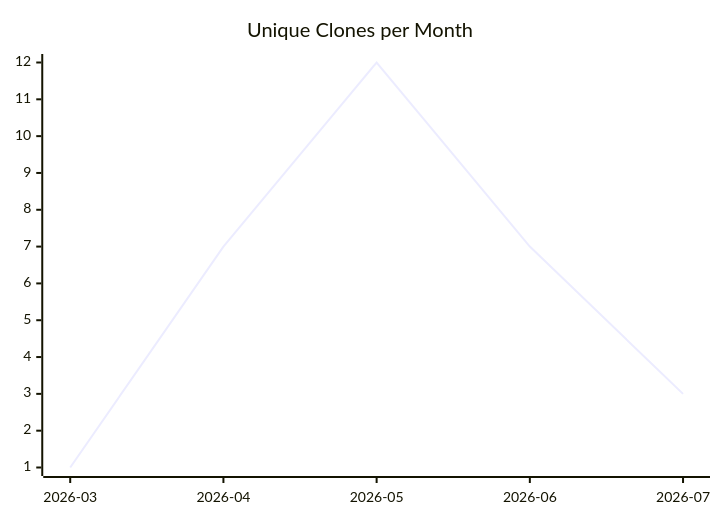
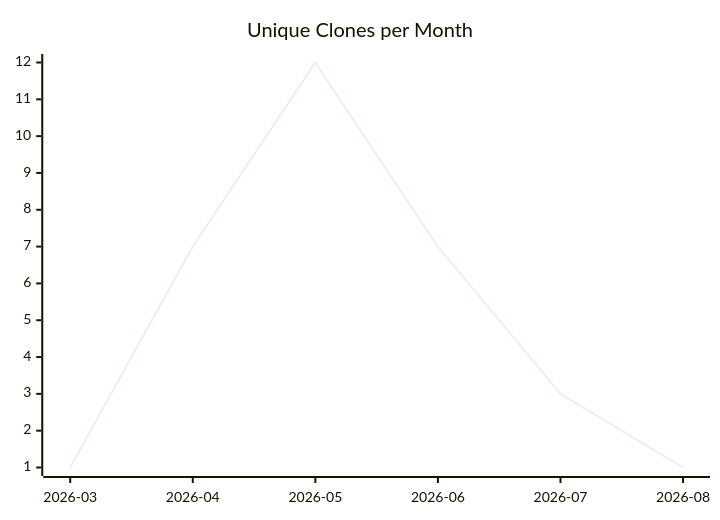
Before and after one commit to justdavis-family/github-analytics-data: the third of 3 diagrams in karlmdavis/sample-maven-and-rcp/README.md, drawn with Mermaid. The commit also changed other lines of this file and 180 other files, not shown here.

````diff
--- a/karlmdavis/sample-maven-and-rcp/README.md
+++ b/karlmdavis/sample-maven-and-rcp/README.md
@@ -19,6 +19,6 @@
 ```mermaid
 xychart-beta
   title "Unique Clones per Month"
-  x-axis ["2026-03", "2026-04", "2026-05", "2026-06", "2026-07"]
-  line [1, 7, 12, 7, 3]
+  x-axis ["2026-03", "2026-04", "2026-05", "2026-06", "2026-07", "2026-08"]
+  line [1, 7, 12, 7, 3, 1]
 ```
````
